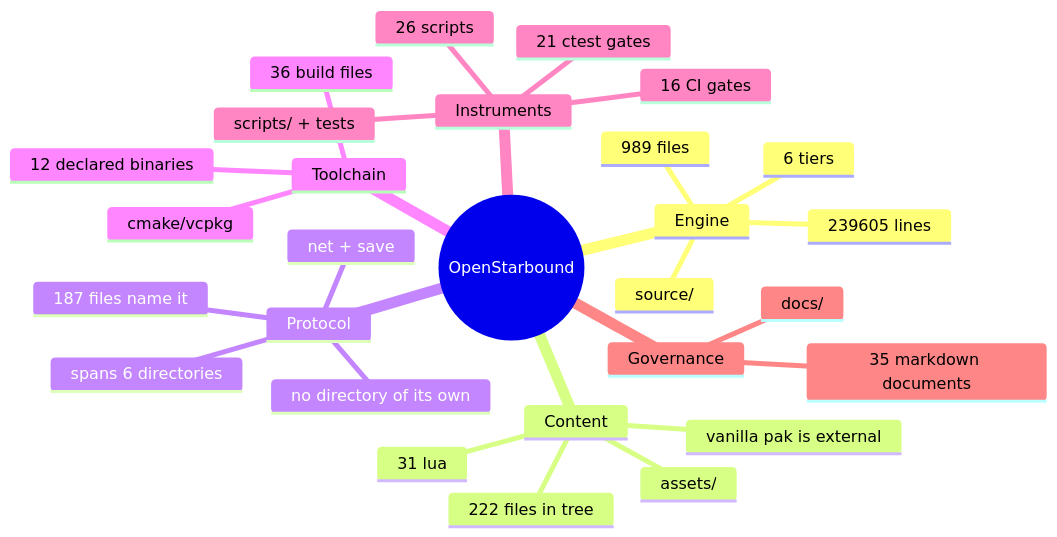
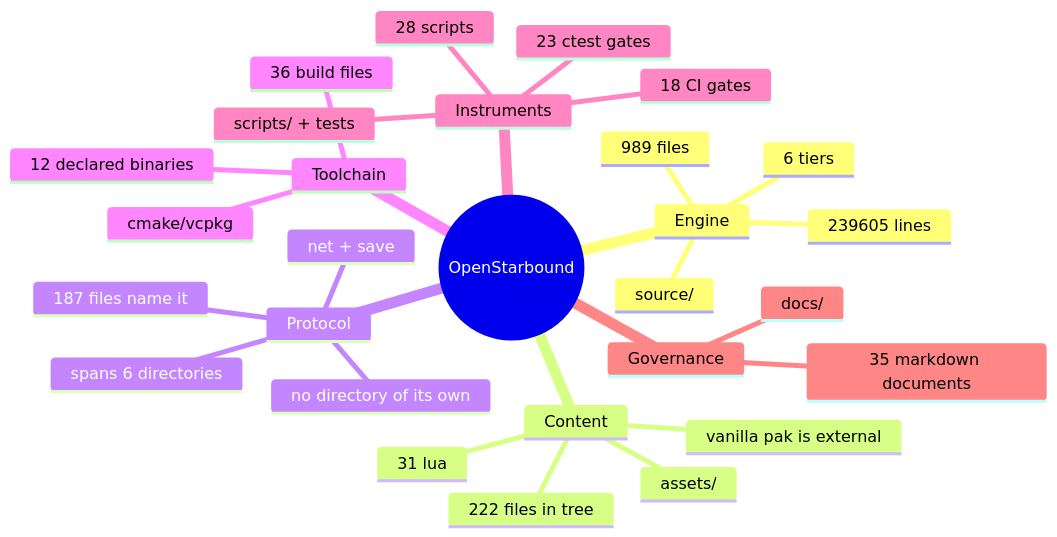
The second of 11 diagrams in docs/architecture/system-boundaries.md (apnex/OpenStarbound), drawn with Mermaid before and after one commit. The commit also changed 1 other file, not shown here.

````diff
--- a/docs/architecture/system-boundaries.md
+++ b/docs/architecture/system-boundaries.md
@@ -166,31 +166,31 @@
 ```mermaid
 mindmap
   root((OpenStarbound))
     Engine
       source/
       989 files
       239605 lines
       6 tiers
     Content
       assets/
       222 files in tree
       31 lua
       vanilla pak is external
     Protocol
       net + save
       187 files name it
       spans 6 directories
       no directory of its own
     Toolchain
       cmake/vcpkg
       36 build files
       12 declared binaries
     Instruments
       scripts/ + tests
-      26 scripts
-      21 ctest gates
-      16 CI gates
+      28 scripts
+      23 ctest gates
+      18 CI gates
     Governance
       docs/
       35 markdown documents
 ```
````
